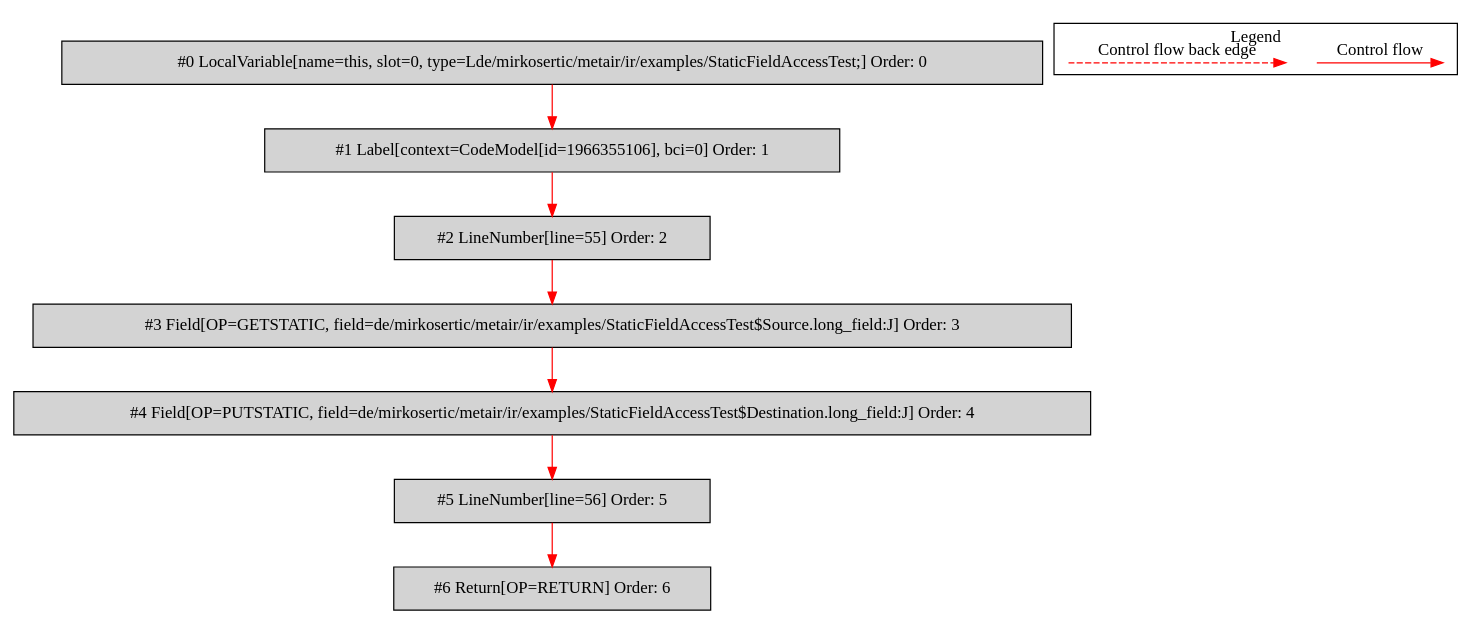
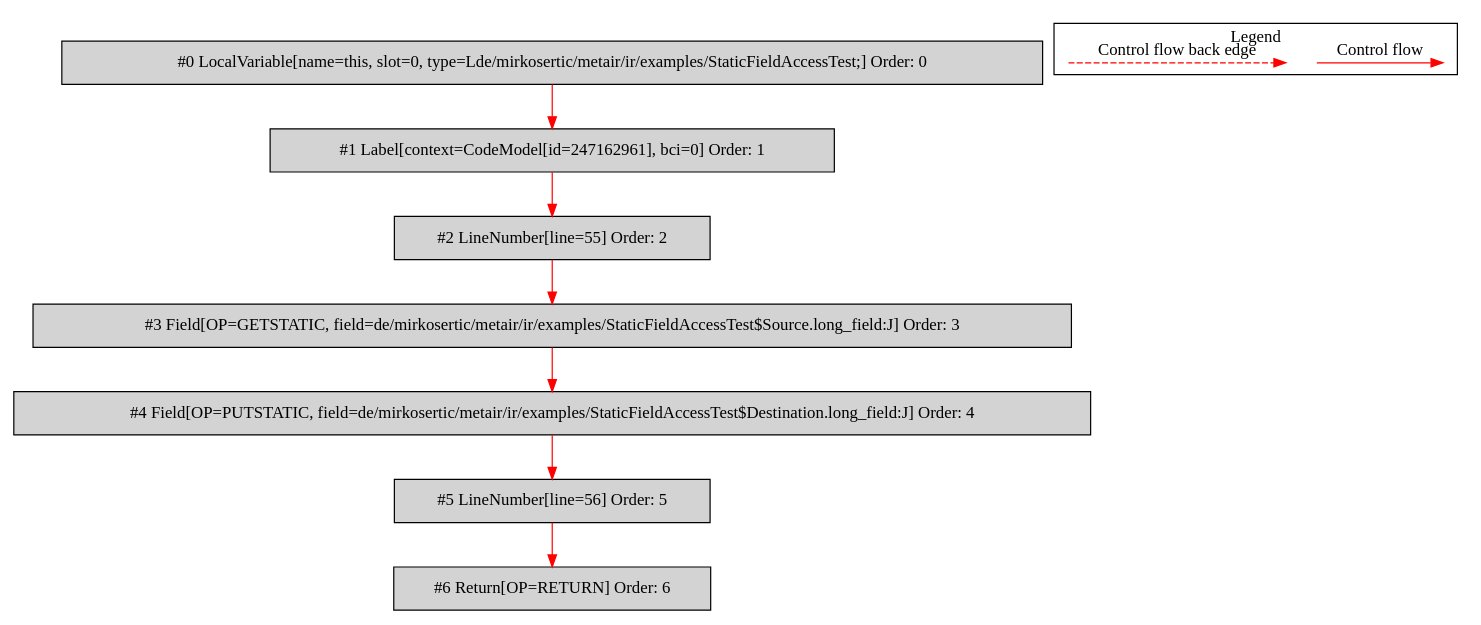
Before and after one commit to mirkosertic/MetaIR: the diagram in de.mirkosertic.metair.ir.examples.StaticFieldAccessTest/copy_long/bytecodecfg.dot, drawn with Graphviz. The commit also changed 1251 other files, not shown here.

```diff
--- a/de.mirkosertic.metair.ir.examples.StaticFieldAccessTest/copy_long/bytecodecfg.dot
+++ b/de.mirkosertic.metair.ir.examples.StaticFieldAccessTest/copy_long/bytecodecfg.dot
@@ -1,30 +1,30 @@
 digraph {
  ordering="in";
  node0[label="#0 LocalVariable[name=this, slot=0, type=Lde/mirkosertic/metair/ir/examples/StaticFieldAccessTest;] Order: 0", shape=box, fillcolor=lightgrey, style=filled];
- node1[label="#1 Label[context=CodeModel[id=1966355106], bci=0] Order: 1", shape=box, fillcolor=lightgrey, style=filled];
+ node1[label="#1 Label[context=CodeModel[id=247162961], bci=0] Order: 1", shape=box, fillcolor=lightgrey, style=filled];
  node2[label="#2 LineNumber[line=55] Order: 2", shape=box, fillcolor=lightgrey, style=filled];
  node3[label="#3 Field[OP=GETSTATIC, field=de/mirkosertic/metair/ir/examples/StaticFieldAccessTest$Source.long_field:J] Order: 3", shape=box, fillcolor=lightgrey, style=filled];
  node4[label="#4 Field[OP=PUTSTATIC, field=de/mirkosertic/metair/ir/examples/StaticFieldAccessTest$Destination.long_field:J] Order: 4", shape=box, fillcolor=lightgrey, style=filled];
  node5[label="#5 LineNumber[line=56] Order: 5", shape=box, fillcolor=lightgrey, style=filled];
  node6[label="#6 Return[OP=RETURN] Order: 6", shape=box, fillcolor=lightgrey, style=filled];
  node0 -> node1[color=red];
  node1 -> node2[color=red];
  node2 -> node3[color=red];
  node3 -> node4[color=red];
  node4 -> node5[color=red];
  node5 -> node6[color=red];
  subgraph cluster_000 {
   label = "Legend";
   node [shape=point]
   {
    rank=same;
    c0 [style = invis];
    c1 [style = invis];
    c2 [style = invis];
    c3 [style = invis];
   }
   c0 -> c1 [label="Control flow", style=solid, color=red]
   c2 -> c3 [label="Control flow back edge", style=dashed, color=red]
  }
 
 }
```
